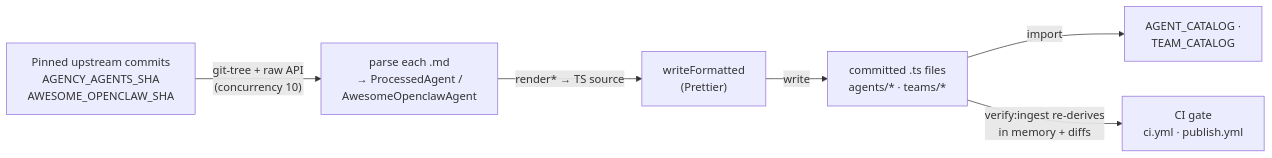
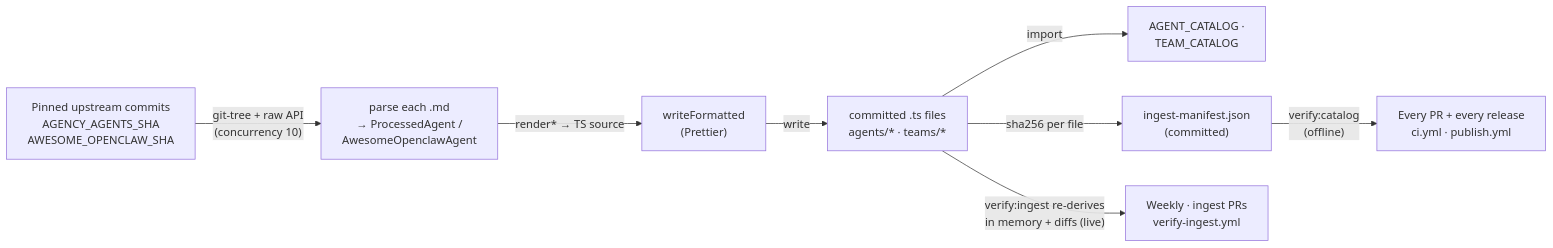
Before and after one commit to clawboo/clawboo: the diagram in docs/internals/codegen-and-ingestion.md, drawn with Mermaid. The commit also changed other lines of this file and 34 other files, not shown here.

Commit message:
chore(ci): gate the publish path offline and code-split the marketplace catalog

````diff
--- a/docs/internals/codegen-and-ingestion.md
+++ b/docs/internals/codegen-and-ingestion.md
@@ -31,8 +36,10 @@
 ```mermaid
 flowchart LR
   A["Pinned upstream commits<br/>AGENCY_AGENTS_SHA<br/>AWESOME_OPENCLAW_SHA"] -->|"git-tree + raw API<br/>(concurrency 10)"| B["parse each .md<br/>→ ProcessedAgent /<br/>AwesomeOpenclawAgent"]
   B -->|"render* → TS source"| C["writeFormatted<br/>(Prettier)"]
   C -->|"write"| D["committed .ts files<br/>agents/* · teams/*"]
   D -->|"import"| E["AGENT_CATALOG ·<br/>TEAM_CATALOG"]
-  D -->|"verify:ingest re-derives<br/>in memory + diffs"| F["CI gate<br/>ci.yml · publish.yml"]
+  D -->|"sha256 per file"| M["ingest-manifest.json<br/>(committed)"]
+  M -->|"verify:catalog<br/>(offline)"| F["Every PR + every release<br/>ci.yml · publish.yml"]
+  D -->|"verify:ingest re-derives<br/>in memory + diffs (live)"| G["Weekly · ingest PRs<br/>verify-ingest.yml"]
 ```
````
